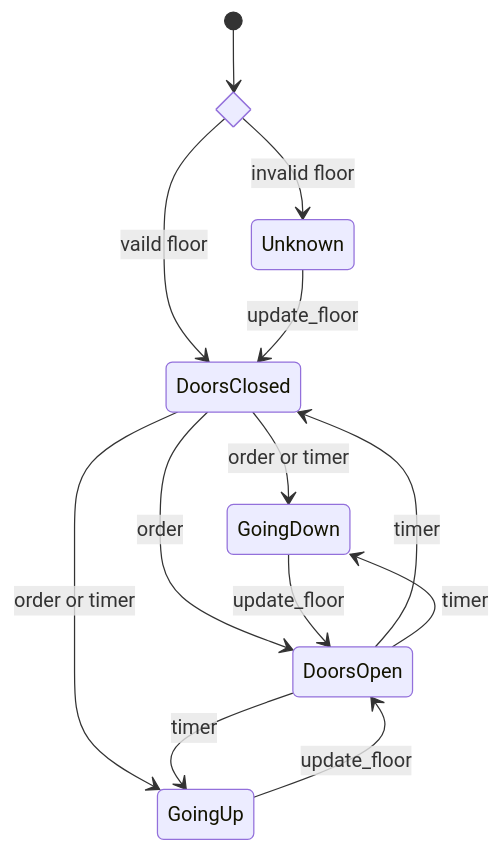
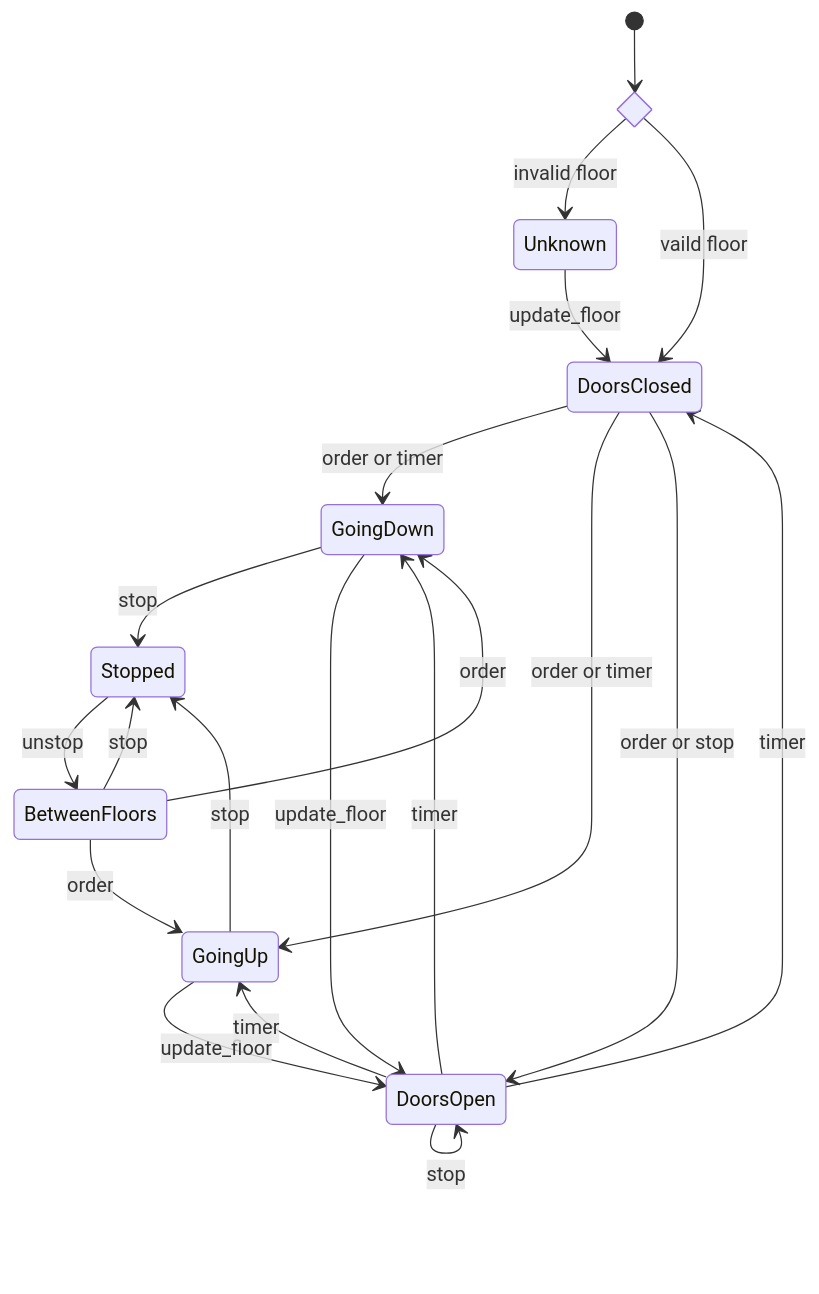
The third of 3 diagrams in docs/README.md (Emil1483/TTK4235-heis), drawn with Mermaid before and after one commit. The commit also changed other lines of this file, not shown here.

Commit message:
add stopped state

````diff
--- a/docs/README.md
+++ b/docs/README.md
@@ -103,22 +103,29 @@
 ```mermaid
 stateDiagram-v2
     state fork_state <<choice>>
     [*] --> fork_state
 
     fork_state --> Unknown : invalid floor
     fork_state --> DoorsClosed : vaild floor
 
     Unknown --> DoorsClosed : update_floor
 
     DoorsClosed --> GoingDown : order or timer
     DoorsClosed --> GoingUp : order or timer
-    DoorsClosed --> DoorsOpen : order
+    DoorsClosed --> DoorsOpen : order or stop
+    DoorsOpen --> DoorsOpen : stop
+
+    GoingUp --> Stopped : stop
+    GoingDown --> Stopped : stop
+    Stopped --> BetweenFloors : unstop
+    BetweenFloors --> Stopped : stop
+    BetweenFloors --> GoingUp : order
+    BetweenFloors --> GoingDown : order
+
 
     GoingUp --> DoorsOpen : update_floor
     GoingDown --> DoorsOpen : update_floor
     DoorsOpen --> DoorsClosed : timer
     DoorsOpen --> GoingDown : timer
     DoorsOpen --> GoingUp : timer
-
-
 ```
````
